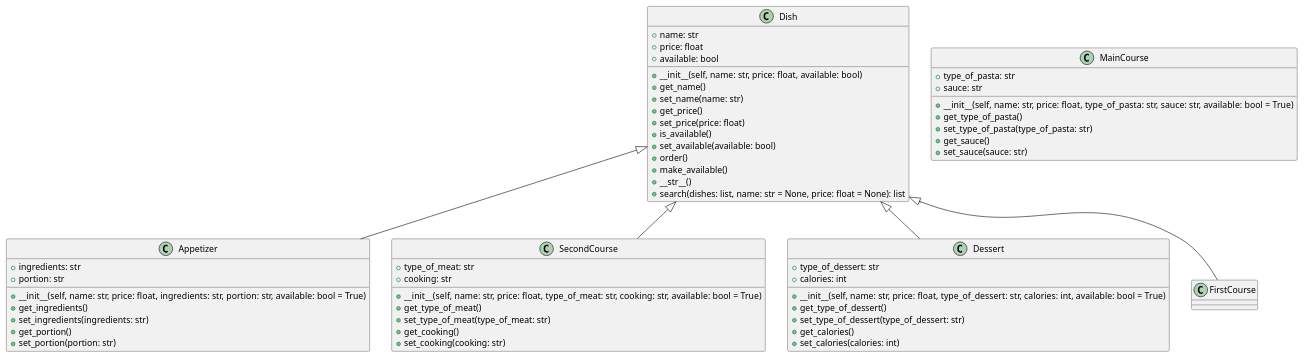
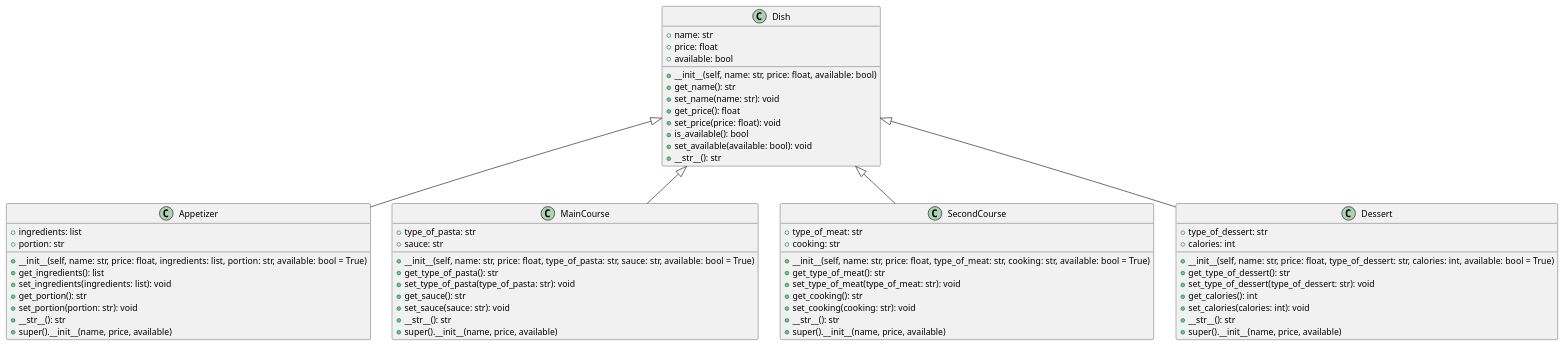
Before and after one commit to LucaPontellini/Homepage: the diagram in Informatica/Esercizi di Pyton nuovi/Diagrammi UML/Pontellini_008.puml, drawn with PlantUML. The commit also changed 2 other files, not shown here.

```diff
--- a/Informatica/Esercizi di Pyton nuovi/Diagrammi UML/Pontellini_008.puml
+++ b/Informatica/Esercizi di Pyton nuovi/Diagrammi UML/Pontellini_008.puml
@@ -1,68 +1,73 @@
 @startuml
 class Dish {
     + name: str
     + price: float
     + available: bool
     __
     + __init__(self, name: str, price: float, available: bool)
-    + get_name()
-    + set_name(name: str)
-    + get_price()
-    + set_price(price: float)
-    + is_available()
-    + set_available(available: bool)
-    + order()
-    + make_available()
-    + __str__()
-    + search(dishes: list, name: str = None, price: float = None): list
+    + get_name(): str
+    + set_name(name: str): void
+    + get_price(): float
+    + set_price(price: float): void
+    + is_available(): bool
+    + set_available(available: bool): void
+    + __str__(): str
 }
 
 class Appetizer {
-    + ingredients: str
+    + ingredients: list
     + portion: str
     __
-    + __init__(self, name: str, price: float, ingredients: str, portion: str, available: bool = True)
-    + get_ingredients()
-    + set_ingredients(ingredients: str)
-    + get_portion()
-    + set_portion(portion: str)
+    + __init__(self, name: str, price: float, ingredients: list, portion: str, available: bool = True)
+    + get_ingredients(): list
+    + set_ingredients(ingredients: list): void
+    + get_portion(): str
+    + set_portion(portion: str): void
+    + __str__(): str
+    + super().__init__(name, price, available)
 }
 
 class MainCourse {
     + type_of_pasta: str
     + sauce: str
     __
     + __init__(self, name: str, price: float, type_of_pasta: str, sauce: str, available: bool = True)
-    + get_type_of_pasta()
-    + set_type_of_pasta(type_of_pasta: str)
-    + get_sauce()
-    + set_sauce(sauce: str)
+    + get_type_of_pasta(): str
+    + set_type_of_pasta(type_of_pasta: str): void
+    + get_sauce(): str
+    + set_sauce(sauce: str): void
+    + __str__(): str
+    + super().__init__(name, price, available)
 }
 
 class SecondCourse {
     + type_of_meat: str
     + cooking: str
     __
     + __init__(self, name: str, price: float, type_of_meat: str, cooking: str, available: bool = True)
-    + get_type_of_meat()
-    + set_type_of_meat(type_of_meat: str)
-    + get_cooking()
-    + set_cooking(cooking: str)
+    + get_type_of_meat(): str
+    + set_type_of_meat(type_of_meat: str): void
+    + get_cooking(): str
+    + set_cooking(cooking: str): void
+    + __str__(): str
+    + super().__init__(name, price, available)
 }
 
 class Dessert {
     + type_of_dessert: str
     + calories: int
     __
     + __init__(self, name: str, price: float, type_of_dessert: str, calories: int, available: bool = True)
-    + get_type_of_dessert()
-    + set_type_of_dessert(type_of_dessert: str)
-    + get_calories()
-    + set_calories(calories: int)
+    + get_type_of_dessert(): str
+    + set_type_of_dessert(type_of_dessert: str): void
+    + get_calories(): int
+    + set_calories(calories: int): void
+    + __str__(): str
+    + super().__init__(name, price, available)
 }
 
 Dish <|-- Appetizer
-Dish <|-- FirstCourse
+Dish <|-- MainCourse
 Dish <|-- SecondCourse
 Dish <|-- Dessert
 @enduml
```
